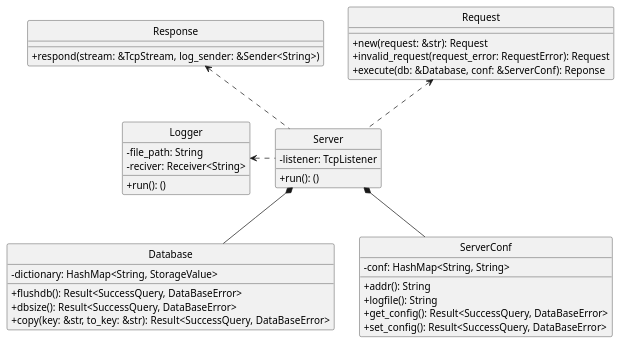
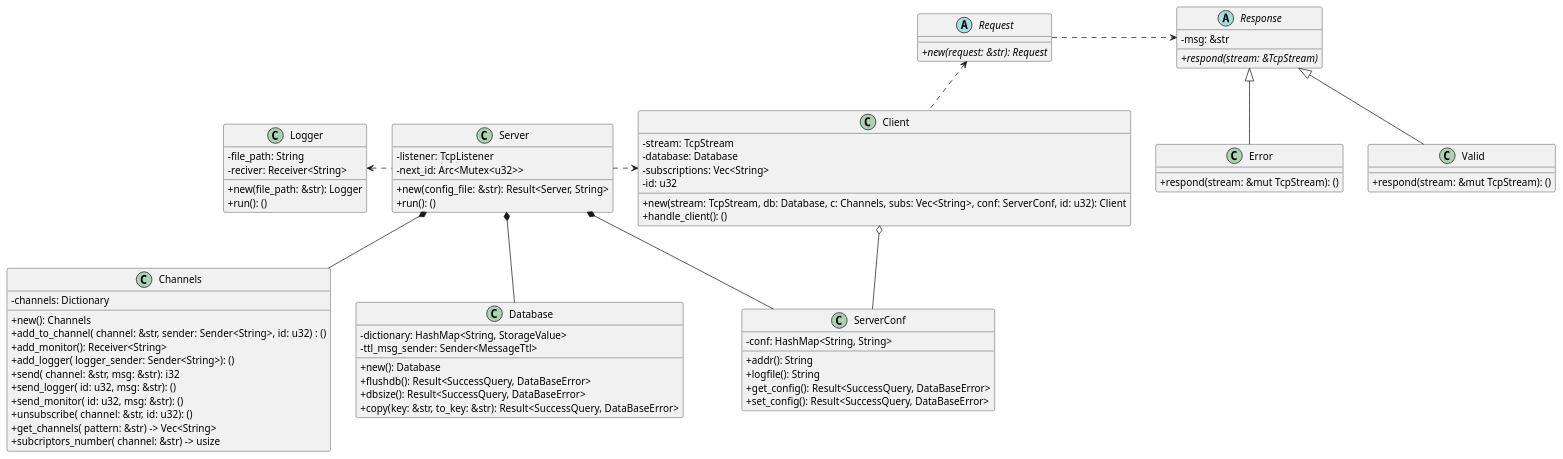
The diagram in src/Diagramas/redis.puml (taller-1-fiuba-rust/21C1-OxidadosFC), drawn with PlantUML before and after one commit. The commit also changed 2 other files, not shown here.

Commit message:
agregando diagramas de clases redis

```diff
--- a/src/Diagramas/redis.puml
+++ b/src/Diagramas/redis.puml
@@ -1,48 +1,95 @@
 @startuml redis
-hide circles
 skinparam ClassAttributeIconSize 0
 hide interface fields
 
+abstract Response
+abstract Request
+
 Class Server {
-    - listener: TcpListener
+    -listener: TcpListener
+    -next_id: Arc<Mutex<u32>>
+    +new(config_file: &str): Result<Server, String>
     + run(): ()
+}
+
+Class Client{
+    -stream: TcpStream
+    -database: Database
+    -subscriptions: Vec<String>
+    -id: u32
+    +new(stream: TcpStream, db: Database, c: Channels, subs: Vec<String>, conf: ServerConf, id: u32): Client
+    +handle_client(): ()
+}
+
+Class Channels{
+    - channels: Dictionary
+    + new(): Channels
+    + add_to_channel( channel: &str, sender: Sender<String>, id: u32) : ()
+    + add_monitor(): Receiver<String>
+    + add_logger( logger_sender: Sender<String>): ()
+    + send( channel: &str, msg: &str): i32
+    + send_logger( id: u32, msg: &str): ()
+    + send_monitor( id: u32, msg: &str): ()
+    + unsubscribe( channel: &str, id: u32): ()
+    + get_channels( pattern: &str) -> Vec<String>
+    + subcriptors_number( channel: &str) -> usize
 }
 
 Class Database {
     - dictionary: HashMap<String, StorageValue>
+    -ttl_msg_sender: Sender<MessageTtl>
+    + new(): Database
     + flushdb(): Result<SuccessQuery, DataBaseError>
     + dbsize(): Result<SuccessQuery, DataBaseError>
     + copy(key: &str, to_key: &str): Result<SuccessQuery, DataBaseError>
 }
 
 Class ServerConf {
     - conf: HashMap<String, String>
     + addr(): String
     + logfile(): String
     + get_config(): Result<SuccessQuery, DataBaseError>
     + set_config(): Result<SuccessQuery, DataBaseError>
 }
 
 Class Logger {
     - file_path: String
     - reciver: Receiver<String>
+    + new(file_path: &str): Logger
     + run(): ()
 }
 
-Class Request {
-    + new(request: &str): Request
-    + invalid_request(request_error: RequestError): Request
-    + execute(db: &Database, conf: &ServerConf): Reponse
+abstract Class Request {
+    +{abstract}new(request: &str): Request
 }
 
-Class Response {
-    + respond(stream: &TcpStream, log_sender: &Sender<String>)
+abstract Class Response {
+    -msg: &str
+    +{abstract}respond(stream: &TcpStream)
 }
+
+Class Valid{
+    +respond(stream: &mut TcpStream): ()
+}
+
+Class Error{
+    +respond(stream: &mut TcpStream): ()
+}
+
 
 Server *-- Database
 Server *-- ServerConf
+Server *-- Channels
 Server .left.> Logger
-Server .up.> Request
-Server .up.> Response
+Server .right.> Client
+
+Client .up.> Request
+Client o--ServerConf
+
+Request .right.> Response
+
+Response <|-- Valid
+Response <|-- Error
+
 
 @enduml
```
